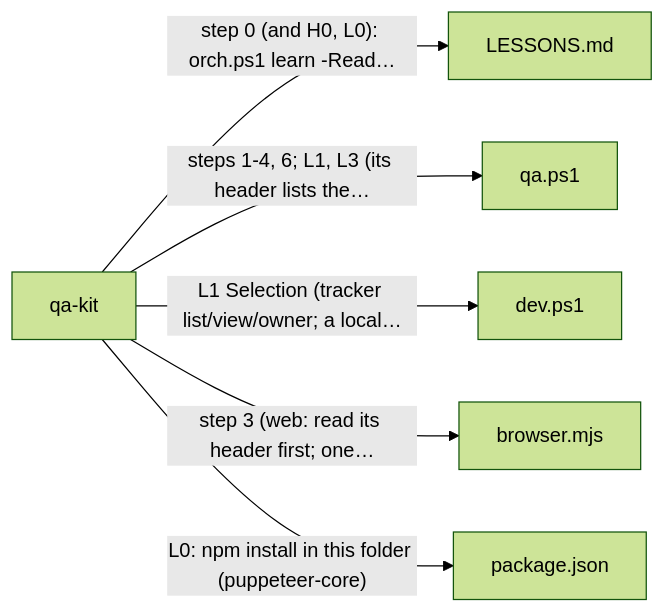
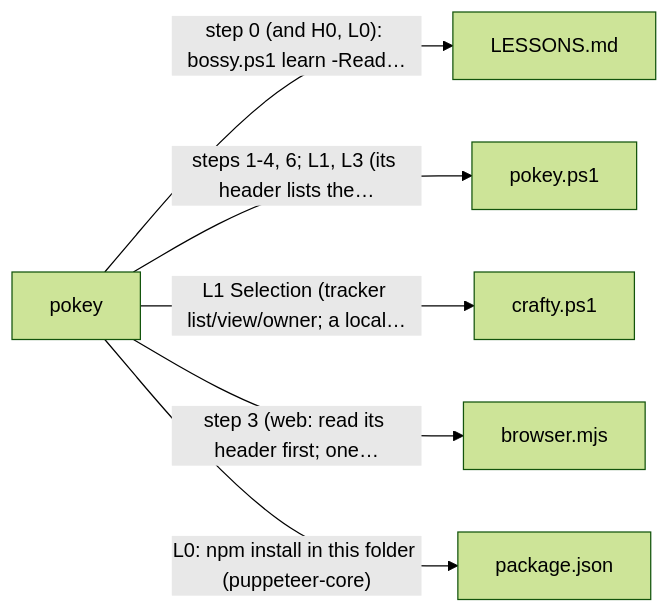
One commit to prskid1000/claude-crew changed the sixth of 6 diagrams in README.md. Above: the diagram before and after it, drawn with Mermaid (forest theme). The commit also changed other lines of this file and 61 other files, not shown here.

First line of the commit message:
refactor(kit)!: rename skills, scripts and extras

````diff
--- a/README.md
+++ b/README.md
@@ -342,9 +342,9 @@
 ```mermaid
 flowchart LR
-  skills_qa_kit_SKILL_md["qa-kit"]
-  skills_qa_kit_SKILL_md -->|"step 0 (and H0, L0): orch.ps1 learn -Read…"| LESSONS_md["LESSONS.md"]
-  skills_qa_kit_SKILL_md -->|"steps 1-4, 6; L1, L3 (its header lists the…"| skills_qa_kit_qa_ps1["qa.ps1"]
-  skills_qa_kit_SKILL_md -->|"L1 Selection (tracker list/view/owner; a local…"| skills_dev_kit_dev_ps1["dev.ps1"]
-  skills_qa_kit_SKILL_md -->|"step 3 (web: read its header first; one…"| skills_qa_kit_browser_mjs["browser.mjs"]
-  skills_qa_kit_SKILL_md -->|"L0: npm install in this folder (puppeteer-core)"| skills_qa_kit_package_json["package.json"]
+  skills_pokey_SKILL_md["pokey"]
+  skills_pokey_SKILL_md -->|"step 0 (and H0, L0): bossy.ps1 learn -Read…"| LESSONS_md["LESSONS.md"]
+  skills_pokey_SKILL_md -->|"steps 1-4, 6; L1, L3 (its header lists the…"| skills_pokey_pokey_ps1["pokey.ps1"]
+  skills_pokey_SKILL_md -->|"L1 Selection (tracker list/view/owner; a local…"| skills_crafty_crafty_ps1["crafty.ps1"]
+  skills_pokey_SKILL_md -->|"step 3 (web: read its header first; one…"| skills_pokey_browser_mjs["browser.mjs"]
+  skills_pokey_SKILL_md -->|"L0: npm install in this folder (puppeteer-core)"| skills_pokey_package_json["package.json"]
 ```
````
